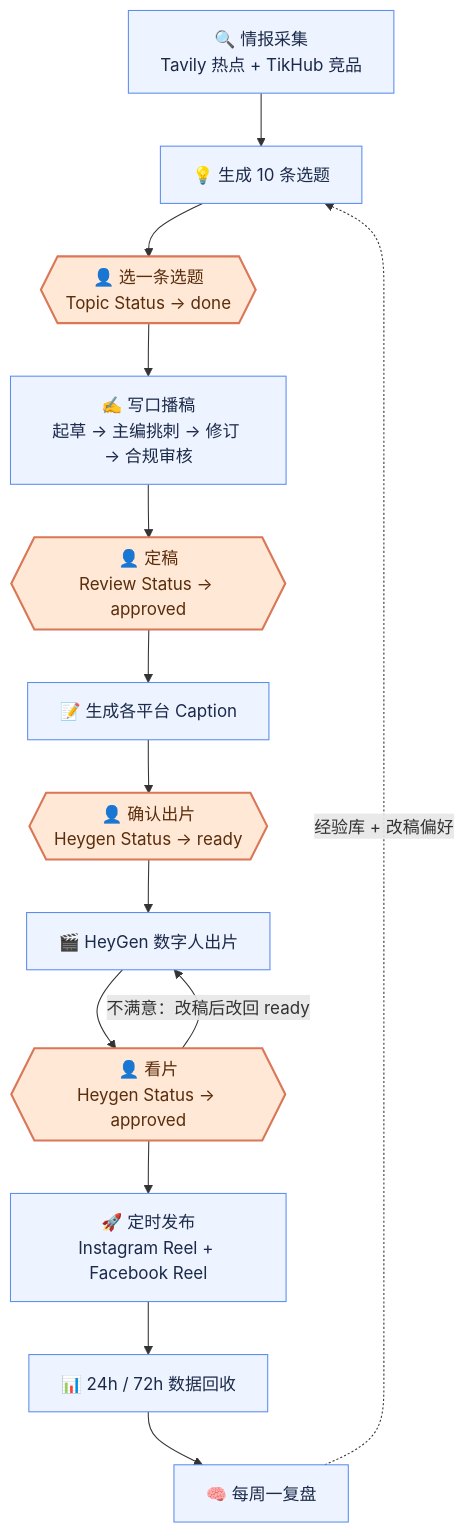
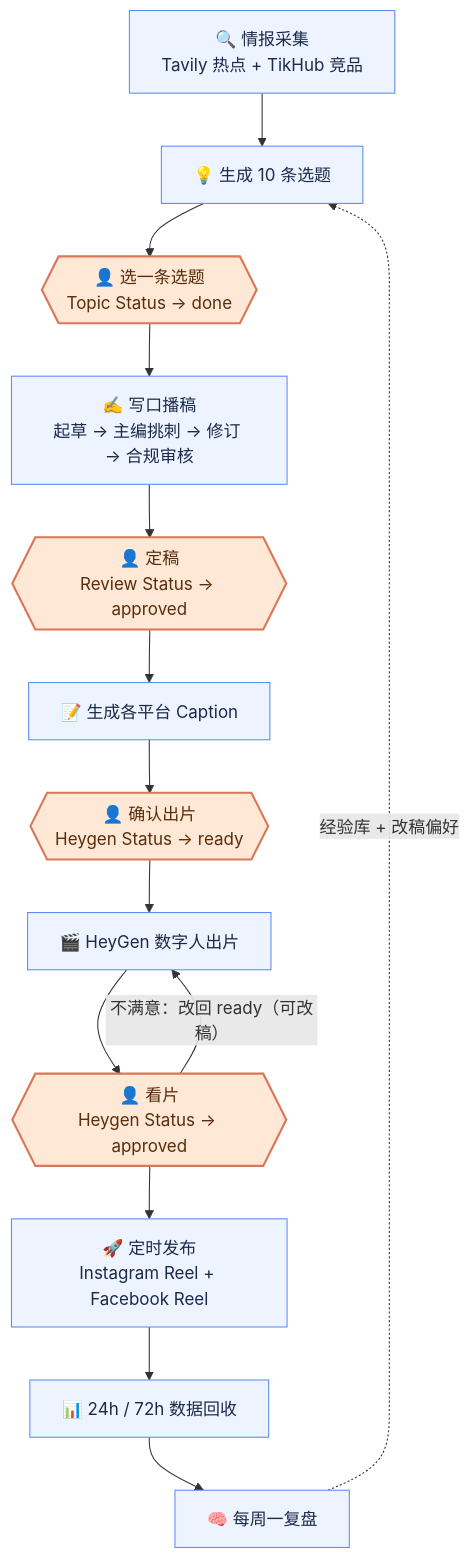
One commit to LouisTee4466/koubo-opc-sys changed the first of 4 diagrams in README.md. Above: the diagram before and after it, drawn with Mermaid. The commit also changed other lines of this file and 18 other files, not shown here.

````diff
--- a/README.md
+++ b/README.md
@@ -36,21 +36,21 @@
 ```mermaid
 flowchart TD
     A["🔍 情报采集<br/>Tavily 热点 + TikHub 竞品"] --> B["💡 生成 10 条选题"]
     B --> G1{{"👤 选一条选题<br/>Topic Status → done"}}
     G1 --> C["✍️ 写口播稿<br/>起草 → 主编挑刺 → 修订 → 合规审核"]
     C --> G2{{"👤 定稿<br/>Review Status → approved"}}
     G2 --> D["📝 生成各平台 Caption"]
     D --> G3{{"👤 确认出片<br/>Heygen Status → ready"}}
     G3 --> E["🎬 HeyGen 数字人出片"]
     E --> G4{{"👤 看片<br/>Heygen Status → approved"}}
-    G4 -- "不满意：改稿后改回 ready" --> E
+    G4 -- "不满意：改回 ready（可改稿）" --> E
     G4 --> F["🚀 定时发布<br/>Instagram Reel + Facebook Reel"]
     F --> H["📊 24h / 72h 数据回收"]
     H --> I["🧠 每周一复盘"]
     I -. "经验库 + 改稿偏好" .-> B
 
     classDef human fill:#FFE8D6,stroke:#D97757,stroke-width:2px,color:#5A2D0C
     classDef auto fill:#EEF4FF,stroke:#5B8DEF,color:#1B2A4A
     class G1,G2,G3,G4 human
     class A,B,C,D,E,F,H,I auto
 ```
````
